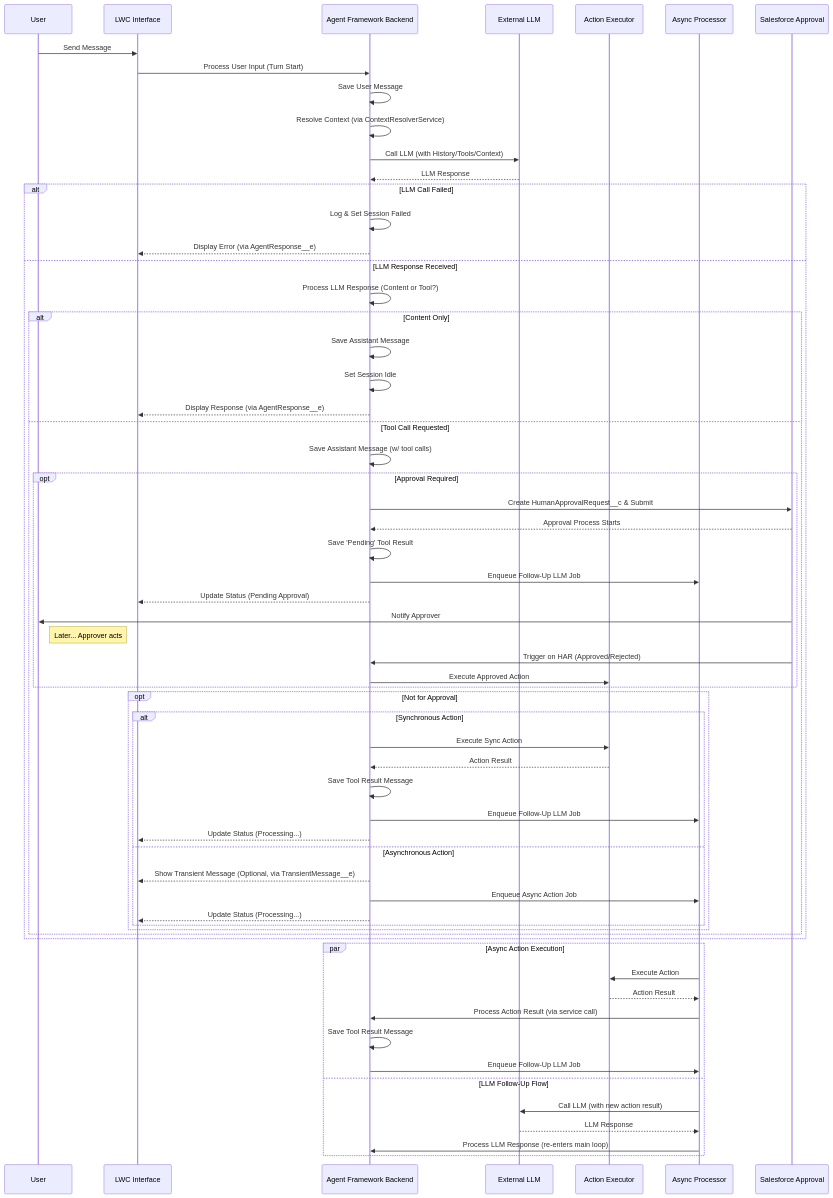
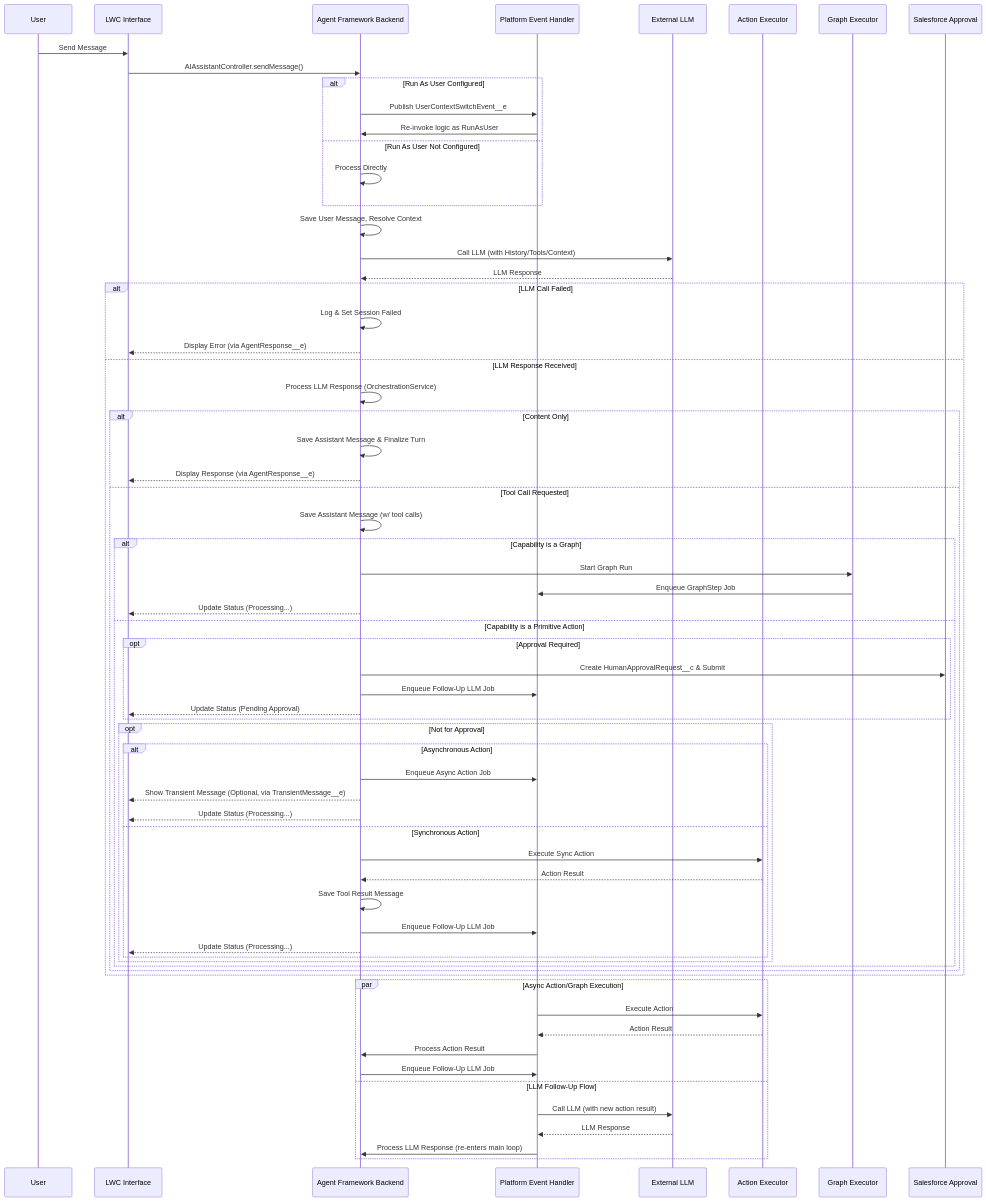
One commit to iamsonal/aiAgentStudio changed the diagram in README.md. Above: the diagram before and after it, drawn with Mermaid. The commit also changed other lines of this file and 163 other files, not shown here.

Commit message:
Graph Builder

````diff
--- a/README.md
+++ b/README.md
@@ -85,70 +88,76 @@
 ```mermaid
 sequenceDiagram
     participant U as User
     participant UI as LWC Interface
     participant Backend as Agent Framework Backend
+    participant PE_Handler as Platform Event Handler
     participant LLM as External LLM
     participant ActionExecutor as Action Executor
-    participant AsyncProcessor as Async Processor
+    participant GraphExecutor as Graph Executor
     participant ApprovalProcess as Salesforce Approval
 
     U->>UI: Send Message
-    UI->>Backend: Process User Input (Turn Start)
-    Backend->>Backend: Save User Message
-    Backend->>Backend: Resolve Context (via ContextResolverService)
+    UI->>Backend: AIAssistantController.sendMessage()
+    
+    alt Run As User Configured
+        Backend->>PE_Handler: Publish UserContextSwitchEvent__e
+        PE_Handler->>Backend: Re-invoke logic as RunAsUser
+    else Run As User Not Configured
+        Backend->>Backend: Process Directly
+    end
+
+    Backend->>Backend: Save User Message, Resolve Context
     Backend->>LLM: Call LLM (with History/Tools/Context)
     LLM-->>Backend: LLM Response
 
     alt LLM Call Failed
         Backend->>Backend: Log & Set Session Failed
         Backend-->>UI: Display Error (via AgentResponse__e)
     else LLM Response Received
-        Backend->>Backend: Process LLM Response (Content or Tool?)
+        Backend->>Backend: Process LLM Response (OrchestrationService)
 
         alt Content Only
-            Backend->>Backend: Save Assistant Message
-            Backend->>Backend: Set Session Idle
+            Backend->>Backend: Save Assistant Message & Finalize Turn
             Backend-->>UI: Display Response (via AgentResponse__e)
         else Tool Call Requested
             Backend->>Backend: Save Assistant Message (w/ tool calls)
 
-            opt Approval Required
-                Backend->>ApprovalProcess: Create HumanApprovalRequest__c & Submit
-                ApprovalProcess-->>Backend: Approval Process Starts
-                Backend->>Backend: Save 'Pending' Tool Result
-                Backend->>AsyncProcessor: Enqueue Follow-Up LLM Job
-                Backend-->>UI: Update Status (Pending Approval)
-                ApprovalProcess->>U: Notify Approver
-                note right of U: Later... Approver acts
-                ApprovalProcess->>Backend: Trigger on HAR (Approved/Rejected)
-                Backend->>ActionExecutor: Execute Approved Action
-            end
+            alt Capability is a Graph
+                Backend->>GraphExecutor: Start Graph Run
+                GraphExecutor->>PE_Handler: Enqueue GraphStep Job
+                Backend-->>UI: Update Status (Processing...)
+            else Capability is a Primitive Action
+                opt Approval Required
+                    Backend->>ApprovalProcess: Create HumanApprovalRequest__c & Submit
+                    Backend->>PE_Handler: Enqueue Follow-Up LLM Job
+                    Backend-->>UI: Update Status (Pending Approval)
+                end
 
-            opt Not for Approval
-                alt Synchronous Action
-                    Backend->>ActionExecutor: Execute Sync Action
-                    ActionExecutor-->>Backend: Action Result
-                    Backend->>Backend: Save Tool Result Message
-                    Backend->>AsyncProcessor: Enqueue Follow-Up LLM Job
-                    Backend-->>UI: Update Status (Processing...)
-                else Asynchronous Action
-                    Backend-->>UI: Show Transient Message (Optional, via TransientMessage__e)
-                    Backend->>AsyncProcessor: Enqueue Async Action Job
-                    Backend-->>UI: Update Status (Processing...)
+                opt Not for Approval
+                    alt Asynchronous Action
+                        Backend->>PE_Handler: Enqueue Async Action Job
+                        Backend-->>UI: Show Transient Message (Optional, via TransientMessage__e)
+                        Backend-->>UI: Update Status (Processing...)
+                    else Synchronous Action
+                        Backend->>ActionExecutor: Execute Sync Action
+                        ActionExecutor-->>Backend: Action Result
+                        Backend->>Backend: Save Tool Result Message
+                        Backend->>PE_Handler: Enqueue Follow-Up LLM Job
+                        Backend-->>UI: Update Status (Processing...)
+                    end
                 end
             end
         end
     end
 
-    par Async Action Execution
-        AsyncProcessor->>ActionExecutor: Execute Action
-        ActionExecutor-->>AsyncProcessor: Action Result
-        AsyncProcessor->>Backend: Process Action Result (via service call)
-        Backend->>Backend: Save Tool Result Message
-        Backend->>AsyncProcessor: Enqueue Follow-Up LLM Job
+    par Async Action/Graph Execution
+        PE_Handler->>ActionExecutor: Execute Action
+        ActionExecutor-->>PE_Handler: Action Result
+        PE_Handler->>Backend: Process Action Result
+        Backend->>PE_Handler: Enqueue Follow-Up LLM Job
     and LLM Follow-Up Flow
-        AsyncProcessor->>LLM: Call LLM (with new action result)
-        LLM-->>AsyncProcessor: LLM Response
-        AsyncProcessor->>Backend: Process LLM Response (re-enters main loop)
+        PE_Handler->>LLM: Call LLM (with new action result)
+        LLM-->>PE_Handler: LLM Response
+        PE_Handler->>Backend: Process LLM Response (re-enters main loop)
     end
 ```
````
